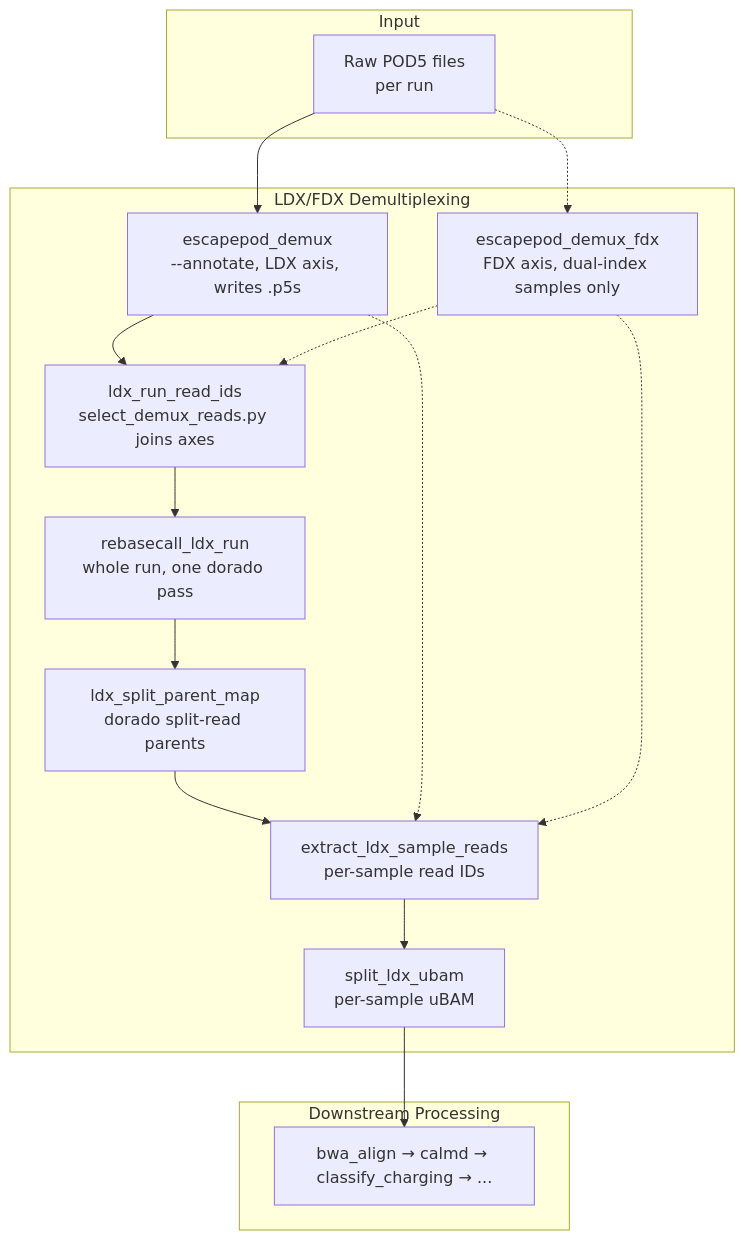
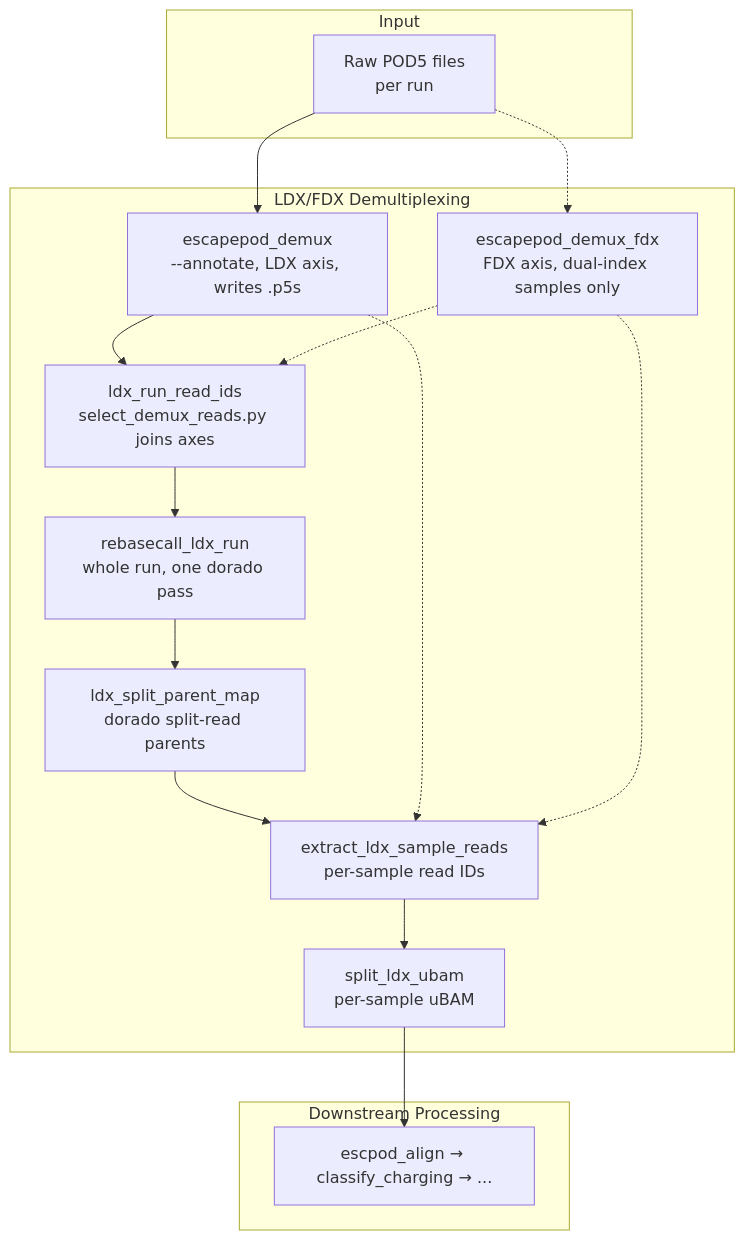
One commit to rnabioco/aa-tRNA-seq-pipeline changed the fourth of 4 diagrams in docs/workflow/overview.md. Above: the diagram before and after it, drawn with Mermaid. The commit also changed other lines of this file and 42 other files, not shown here.

First line of the commit message:
feat(align): replace bwa_align + calmd with escpod align

````diff
--- a/docs/workflow/overview.md
+++ b/docs/workflow/overview.md
@@ -136,28 +135,28 @@
 ```mermaid
 flowchart TB
     subgraph Input
         A[Raw POD5 files<br/>per run]
     end
 
     subgraph LDX[LDX/FDX Demultiplexing]
         B[escapepod_demux<br/>--annotate, LDX axis, writes .p5s]
         C[escapepod_demux_fdx<br/>FDX axis, dual-index samples only]
         D[ldx_run_read_ids<br/>select_demux_reads.py joins axes]
         E[rebasecall_ldx_run<br/>whole run, one dorado pass]
         F[ldx_split_parent_map<br/>dorado split-read parents]
         G[extract_ldx_sample_reads<br/>per-sample read IDs]
         H[split_ldx_ubam<br/>per-sample uBAM]
     end
 
     subgraph Downstream[Downstream Processing]
-        I[bwa_align → calmd → classify_charging → ...]
+        I[escpod_align → classify_charging → ...]
     end
 
     A --> B
     A -.-> C
     B --> D
     C -.-> D
     D --> E --> F --> G --> H --> I
     B -.-> G
     C -.-> G
 ```
````
